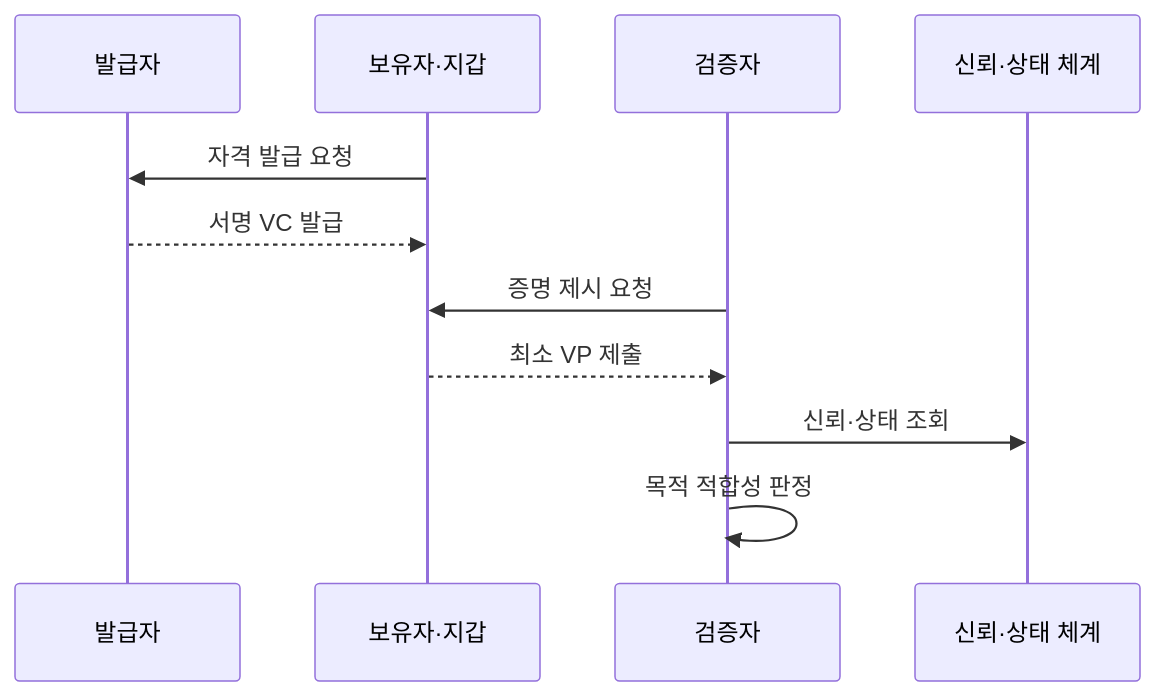
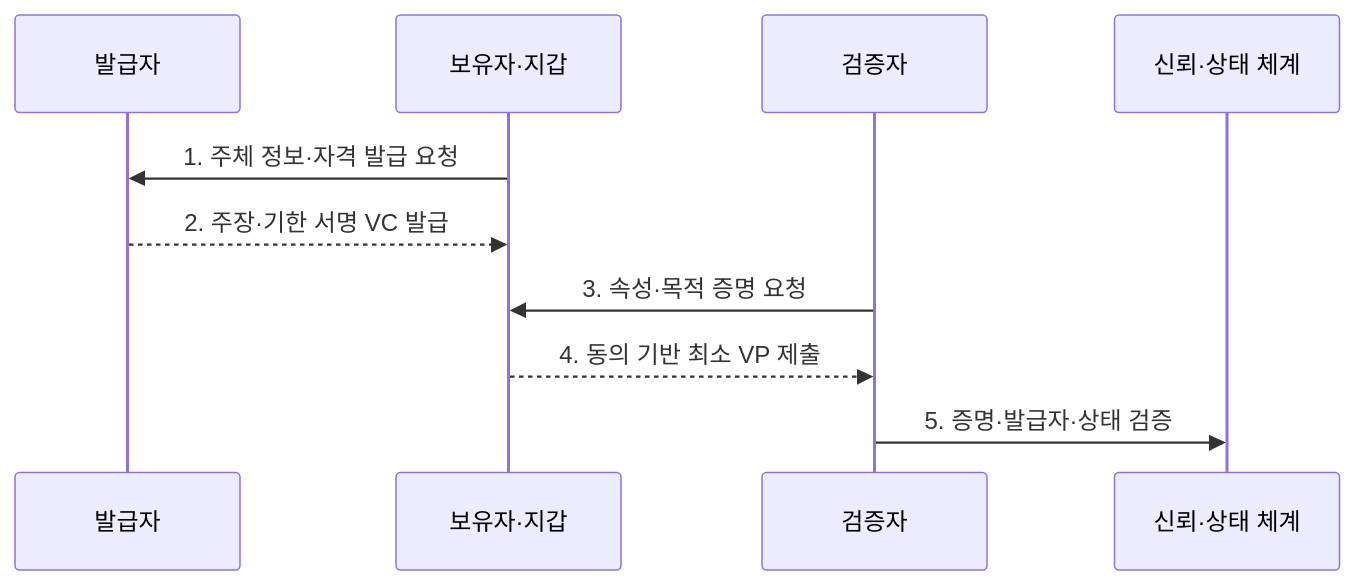
One commit to agnusdei1207/knowledge-base changed the second of 2 diagrams in src/content/docs/notes/05-security/066_did_ssi.md. Above: the diagram before and after it, drawn with Mermaid. The commit also changed other lines of this file and 7 other files, not shown here.

````diff
--- a/src/content/docs/notes/05-security/066_did_ssi.md
+++ b/src/content/docs/notes/05-security/066_did_ssi.md
@@ -85,13 +85,12 @@
 ```mermaid
 sequenceDiagram
     participant I as 발급자
     participant H as 보유자·지갑
     participant V as 검증자
     participant T as 신뢰·상태 체계
-    H->>I: 자격 발급 요청
-    I-->>H: 서명 VC 발급
-    V->>H: 증명 제시 요청
-    H-->>V: 최소 VP 제출
-    V->>T: 신뢰·상태 조회
-    V->>V: 목적 적합성 판정
+    H->>I: 1. 주체 정보·자격 발급 요청
+    I-->>H: 2. 주장·기한 서명 VC 발급
+    V->>H: 3. 속성·목적 증명 요청
+    H-->>V: 4. 동의 기반 최소 VP 제출
+    V->>T: 5. 증명·발급자·상태 검증
 ```
````
